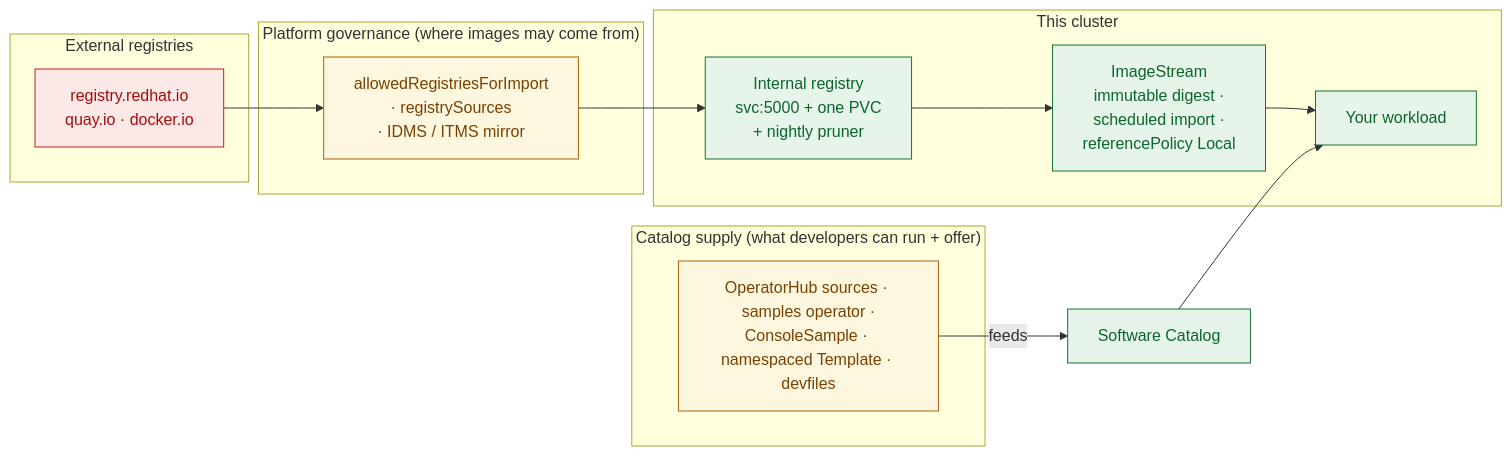
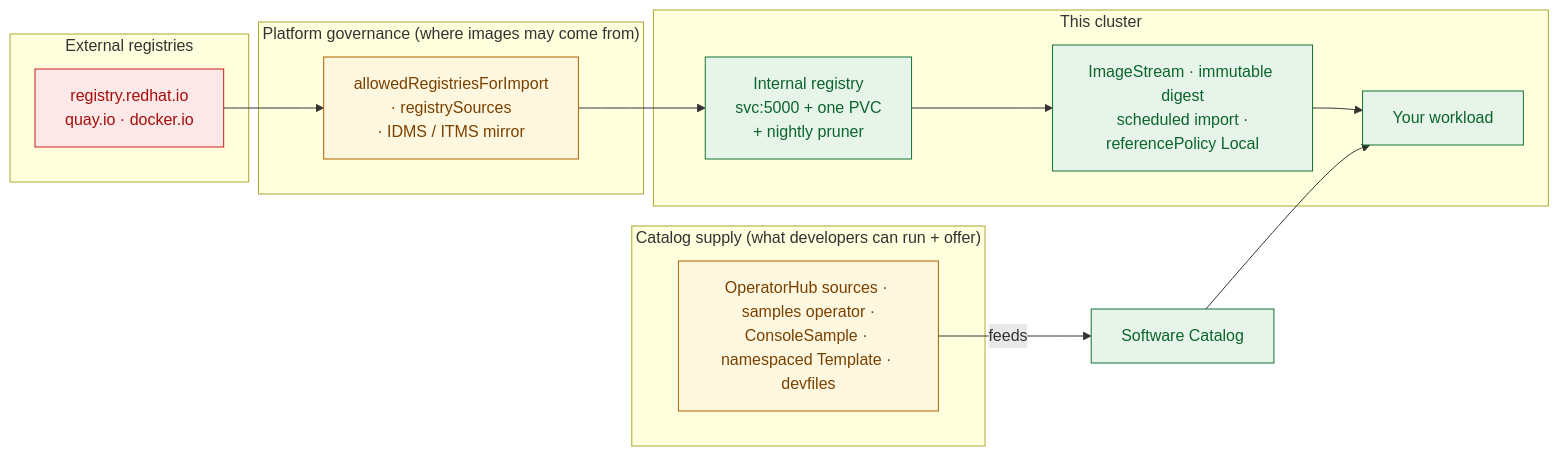
One commit to serhat-dirik/OCP-Getting-Started-Revamped changed the diagram in content/modules/ROOT/examples/diagrams/registry-images-catalog-governance/01-two-supply-chains.mmd. Above: the diagram before and after it, drawn with Mermaid. The commit also changed 23 other files, not shown here.

```diff
--- a/content/modules/ROOT/examples/diagrams/registry-images-catalog-governance/01-two-supply-chains.mmd
+++ b/content/modules/ROOT/examples/diagrams/registry-images-catalog-governance/01-two-supply-chains.mmd
@@ -1,23 +1,29 @@
+%% Two supply chains — Registry, Images & Catalog Governance.
+%% concept.adoc reads this diagram literally: red is outside the trust boundary, amber is the
+%% governance control, green is hands-on, the left-to-right flow is the image supply and the
+%% bottom branch is the catalog supply. So `graph LR`, the classes and the src->dcat branch are
+%% all pinned by prose — do not restructure.
+%% Rewrapped 2026-08-23: `is` carried four label lines. Same words, three lines.
 graph LR
   subgraph ext["External registries"]
     q["registry.redhat.io<br/>quay.io · docker.io"]
   end
   subgraph gov["Platform governance (where images may come from)"]
     allow["allowedRegistriesForImport<br/>· registrySources<br/>· IDMS / ITMS mirror"]
   end
   subgraph cluster["This cluster"]
     reg["Internal registry<br/>svc:5000 + one PVC<br/>+ nightly pruner"]
-    is["ImageStream<br/>immutable digest ·<br/>scheduled import ·<br/>referencePolicy Local"]
+    is["ImageStream · immutable digest<br/>scheduled import ·<br/>referencePolicy Local"]
     wl["Your workload"]
   end
   q --> allow --> reg --> is --> wl
   subgraph catalog["Catalog supply (what developers can run + offer)"]
     src["OperatorHub sources · samples operator ·<br/>ConsoleSample · namespaced Template · devfiles"]
   end
   src -->|"feeds"| dcat["Software Catalog"]
   dcat --> wl
   classDef e fill:#fce8e6,stroke:#c5221f,color:#a50e0e;
   classDef g fill:#fef7e0,stroke:#b06000,color:#7a4100;
   classDef c fill:#e6f4ea,stroke:#137333,color:#0d652d;
   classDef k fill:#e8eaf6,stroke:#3949ab,color:#1a237e;
   class q e; class allow,src g; class reg,is,wl,dcat c;
```
